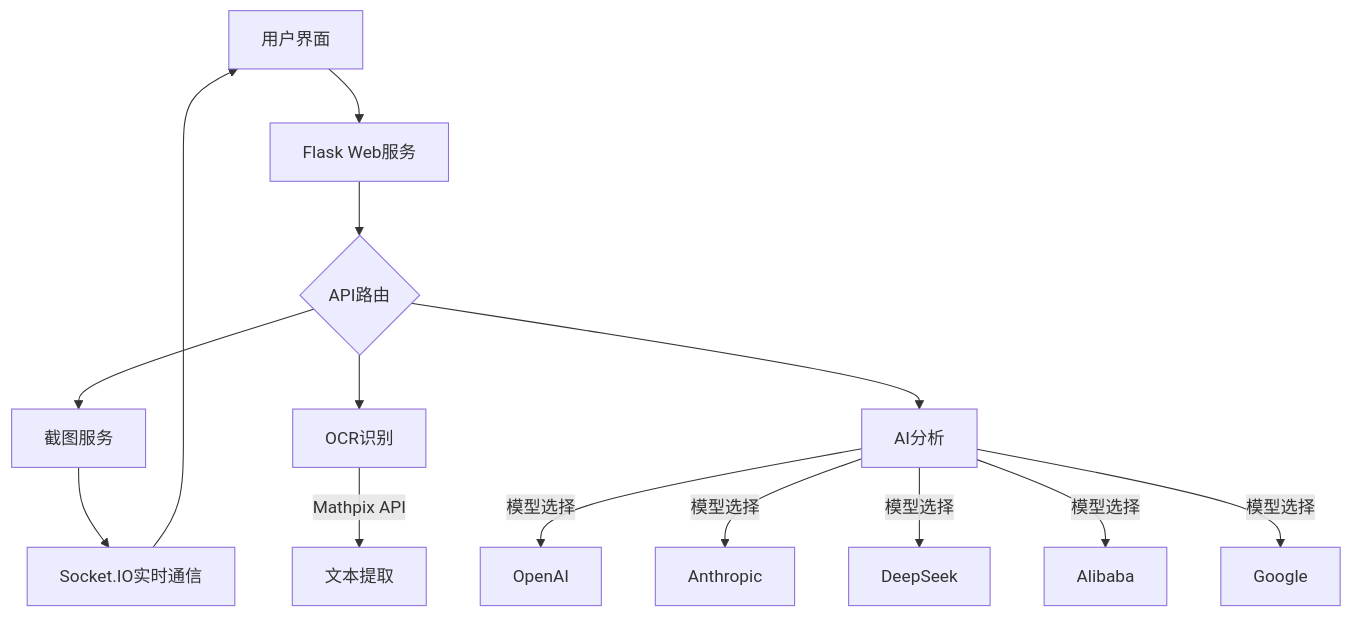
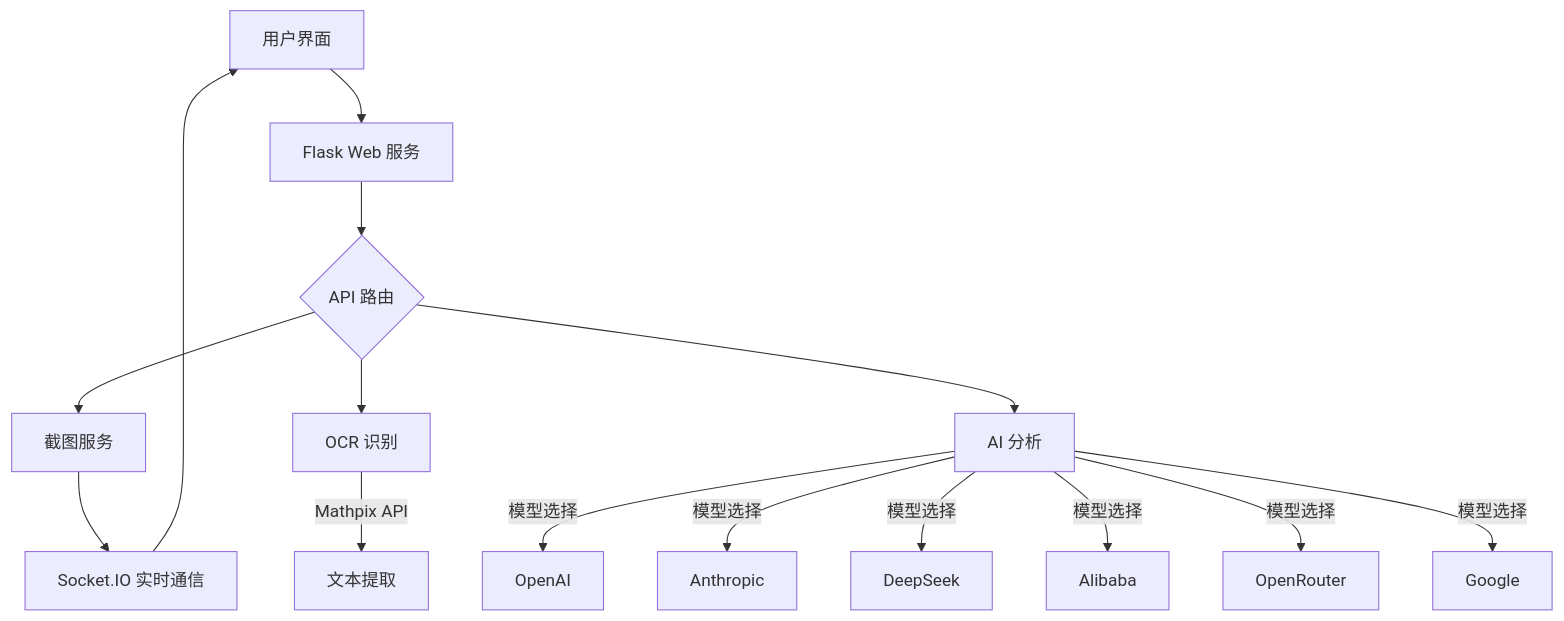
The diagram in readme/CHINESE.md (Zippland/Snap-Solver), drawn with Mermaid before and after one commit. The commit also changed other lines of this file and 2 other files, not shown here.

````diff
--- a/readme/CHINESE.md
+++ b/readme/CHINESE.md
@@ -60,16 +59,17 @@
-  ```mermaid
-  graph TD
-      A[用户界面] --> B[Flask Web服务]
-      B --> C{API路由}
-      C --> D[截图服务]
-      C --> E[OCR识别]
-      C --> F[AI分析]
-      E --> |Mathpix API| G[文本提取]
-      F --> |模型选择| H1[OpenAI]
-      F --> |模型选择| H2[Anthropic]
-      F --> |模型选择| H3[DeepSeek]
-      F --> |模型选择| H4[Alibaba]
-      F --> |模型选择| H5[Google]
-      D --> I[Socket.IO实时通信]
-      I --> A
-  ```
+```mermaid
+graph TD
+    A[用户界面] --> B[Flask Web 服务]
+    B --> C{API 路由}
+    C --> D[截图服务]
+    C --> E[OCR 识别]
+    C --> F[AI 分析]
+    E --> |Mathpix API| G[文本提取]
+    F --> |模型选择| H1[OpenAI]
+    F --> |模型选择| H2[Anthropic]
+    F --> |模型选择| H3[DeepSeek]
+    F --> |模型选择| H4[Alibaba]
+    F --> |模型选择| H5[OpenRouter]
+    F --> |模型选择| H6[Google]
+    D --> I[Socket.IO 实时通信]
+    I --> A
+```
````
